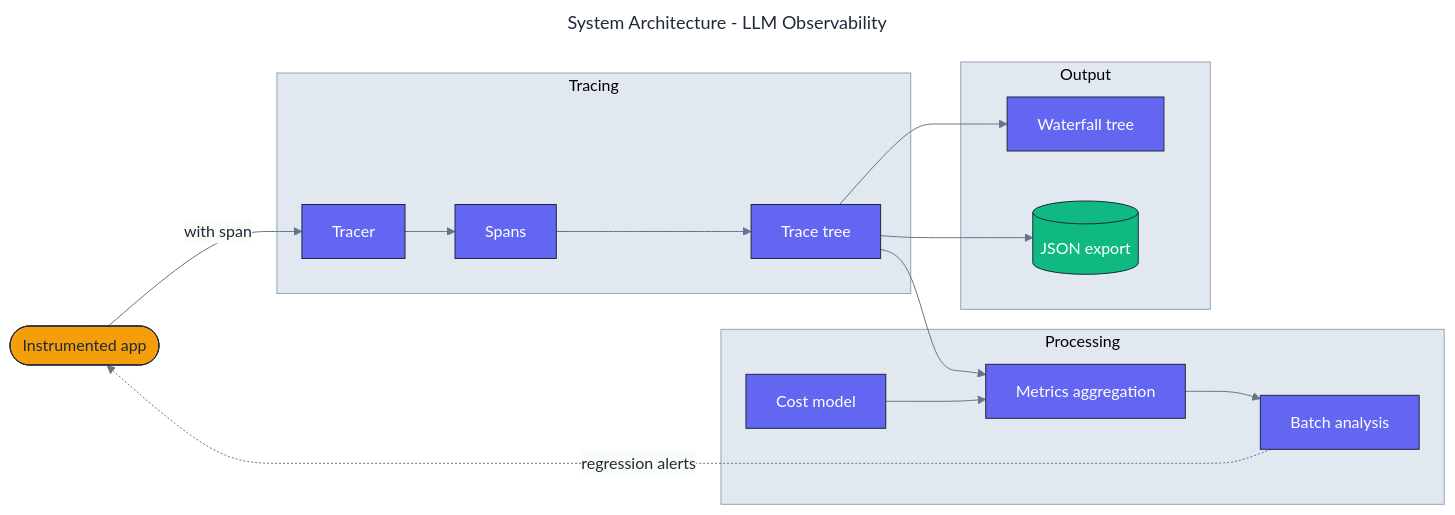
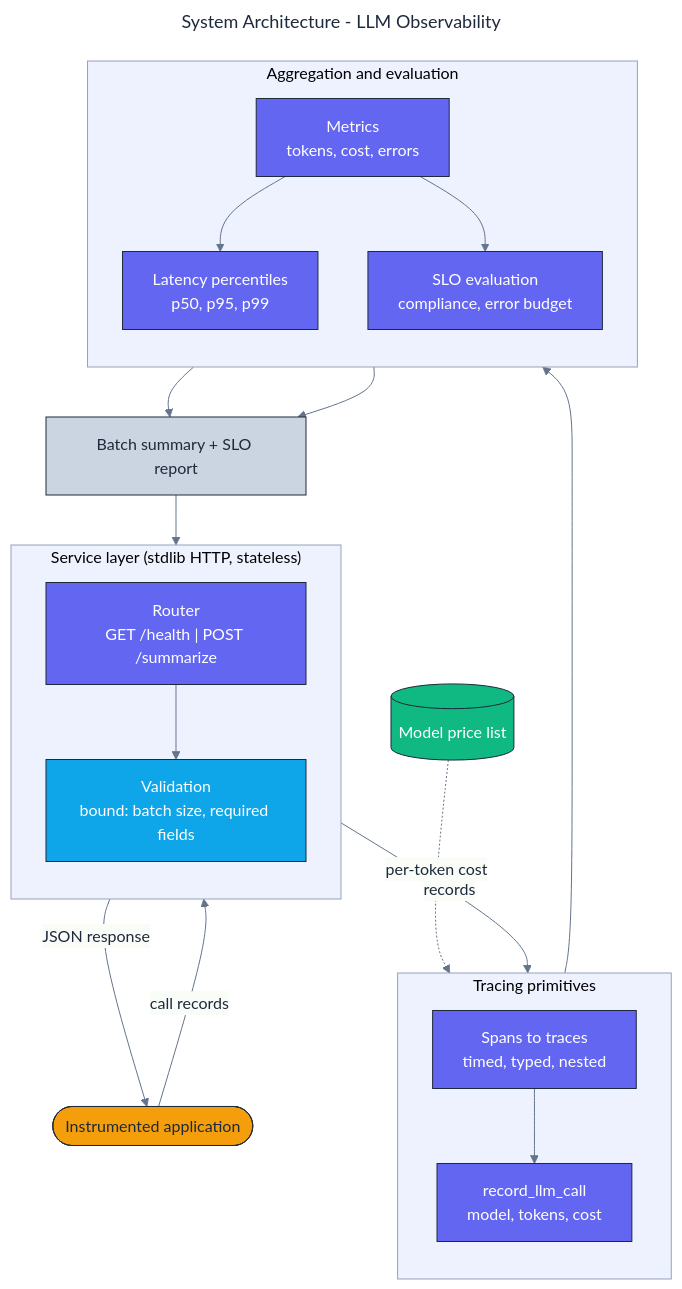
One commit to adeoluo/llm-observability changed the diagram in docs/architecture/architecture.mmd. Above: the diagram before and after it, drawn with Mermaid. The commit also changed 10 other files, not shown here.

First line of the commit message:
feat: add HTTP service, stress benchmark, and operations documentation

```diff
--- a/docs/architecture/architecture.mmd
+++ b/docs/architecture/architecture.mmd
@@ -1,46 +1,53 @@
 ---
 title: System Architecture - LLM Observability
 config:
   theme: base
   themeVariables:
     fontFamily: "Inter, system-ui, sans-serif"
     primaryColor: "#F8FAFC"
     primaryBorderColor: "#1E293B"
     primaryTextColor: "#1E293B"
     lineColor: "#64748B"
-    clusterBkg: "#E2E8F0"
+    clusterBkg: "#EEF2FF"
     clusterBorder: "#94A3B8"
 ---
-flowchart LR
+flowchart TB
+    classDef edge     fill:#F59E0B,stroke:#1E293B,color:#1E293B,stroke-width:1px;
     classDef core     fill:#6366F1,stroke:#1E293B,color:#ffffff,stroke-width:1px;
     classDef data     fill:#10B981,stroke:#1E293B,color:#ffffff,stroke-width:1px;
-    classDef external fill:#F59E0B,stroke:#1E293B,color:#1E293B,stroke-width:1px;
+    classDef control  fill:#0EA5E9,stroke:#1E293B,color:#ffffff,stroke-width:1px;
+    classDef obs      fill:#CBD5E1,stroke:#1E293B,color:#1E293B,stroke-width:1px;
 
-    App([Instrumented app]):::external
+    Client([Instrumented application]):::edge
 
-    subgraph Tracing["Tracing"]
-        Tracer[Tracer]:::core
-        Span[Spans]:::core
-        Trace[Trace tree]:::core
+    subgraph Edge["Service layer (stdlib HTTP, stateless)"]
+        direction TB
+        Router["Router<br/>GET /health | POST /summarize"]:::core
+        Validate["Validation<br/>bound: batch size, required fields"]:::control
     end
 
-    subgraph Processing["Processing"]
-        Cost[Cost model]:::core
-        Metrics[Metrics aggregation]:::core
-        Analysis[Batch analysis]:::core
+    subgraph Tracing["Tracing primitives"]
+        direction TB
+        Spans["Spans to traces<br/>timed, typed, nested"]:::core
+        Record["record_llm_call<br/>model, tokens, cost"]:::core
     end
 
-    subgraph Output["Output"]
-        Tree[Waterfall tree]:::core
-        Json[(JSON export)]:::data
+    subgraph Analyze["Aggregation and evaluation"]
+        direction TB
+        Metrics["Metrics<br/>tokens, cost, errors"]:::core
+        Percentiles["Latency percentiles<br/>p50, p95, p99"]:::core
+        Slo["SLO evaluation<br/>compliance, error budget"]:::core
     end
 
-    App -->|with span| Tracer
-    Tracer --> Span
-    Span --> Trace
-    Trace --> Metrics
-    Cost --> Metrics
-    Trace --> Tree
-    Trace --> Json
-    Metrics --> Analysis
-    Analysis -.->|regression alerts| App
+    Prices[(Model price list)]:::data
+    Report["Batch summary + SLO report"]:::obs
+
+    Client -->|call records| Router --> Validate
+    Validate -->|records| Spans --> Record
+    Prices -.->|per-token cost| Record
+    Record --> Metrics
+    Metrics --> Percentiles
+    Metrics --> Slo
+    Percentiles --> Report
+    Slo --> Report
+    Report --> Router -->|JSON response| Client
```
